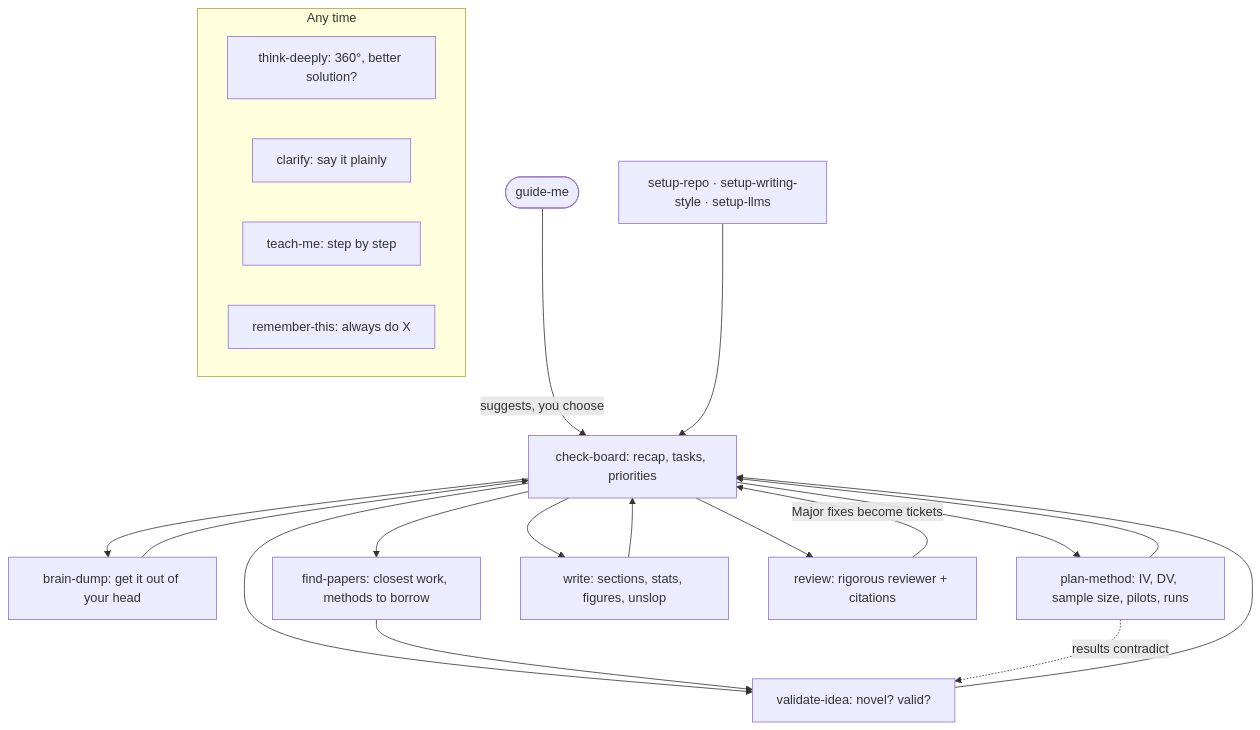
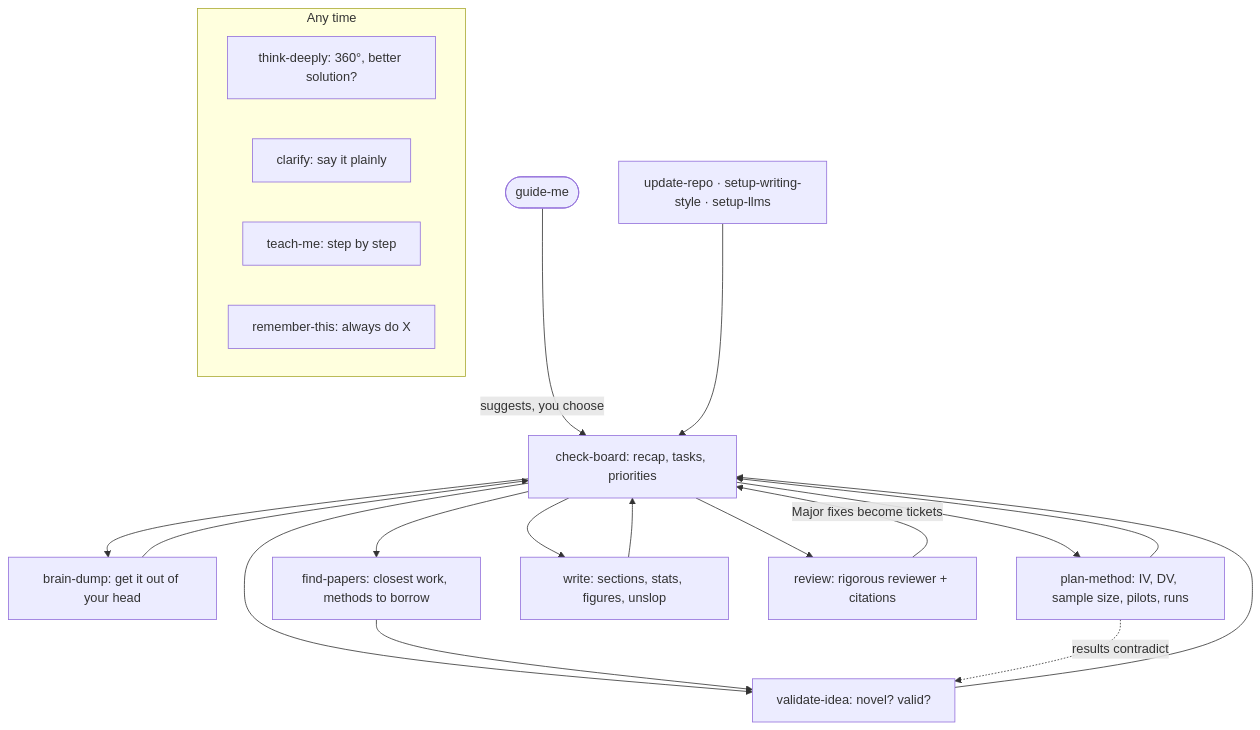
The diagram in docs/how-it-works.md (chaklam-silpasuwanchai/research_skill), drawn with Mermaid before and after one commit. The commit also changed 38 other files, not shown here.

First line of the commit message:
Rename setup-repo to update-repo: set up or bring up to date (0.3.0)

````diff
--- a/docs/how-it-works.md
+++ b/docs/how-it-works.md
@@ -7,24 +7,24 @@
 ```mermaid
 flowchart TD
   G([guide-me]) -->|suggests, you choose| B[check-board: recap, tasks, priorities]
-  S[setup-repo · setup-writing-style · setup-llms] --> B
+  S[update-repo · setup-writing-style · setup-llms] --> B
   B --> D[brain-dump: get it out of your head]
   B --> V[validate-idea: novel? valid?]
   B --> F[find-papers: closest work, methods to borrow]
   B --> M[plan-method: IV, DV, sample size, pilots, runs]
   B --> W[write: sections, stats, figures, unslop]
   B --> R[review: rigorous reviewer + citations]
   D --> B
   V --> B
   F --> V
   M --> B
   W --> B
   R -->|Major fixes become tickets| B
   M -. results contradict .-> V
   subgraph anytime[Any time]
     T[think-deeply: 360°, better solution?]
     C[clarify: say it plainly]
     E[teach-me: step by step]
     X[remember-this: always do X]
   end
 ```
````
